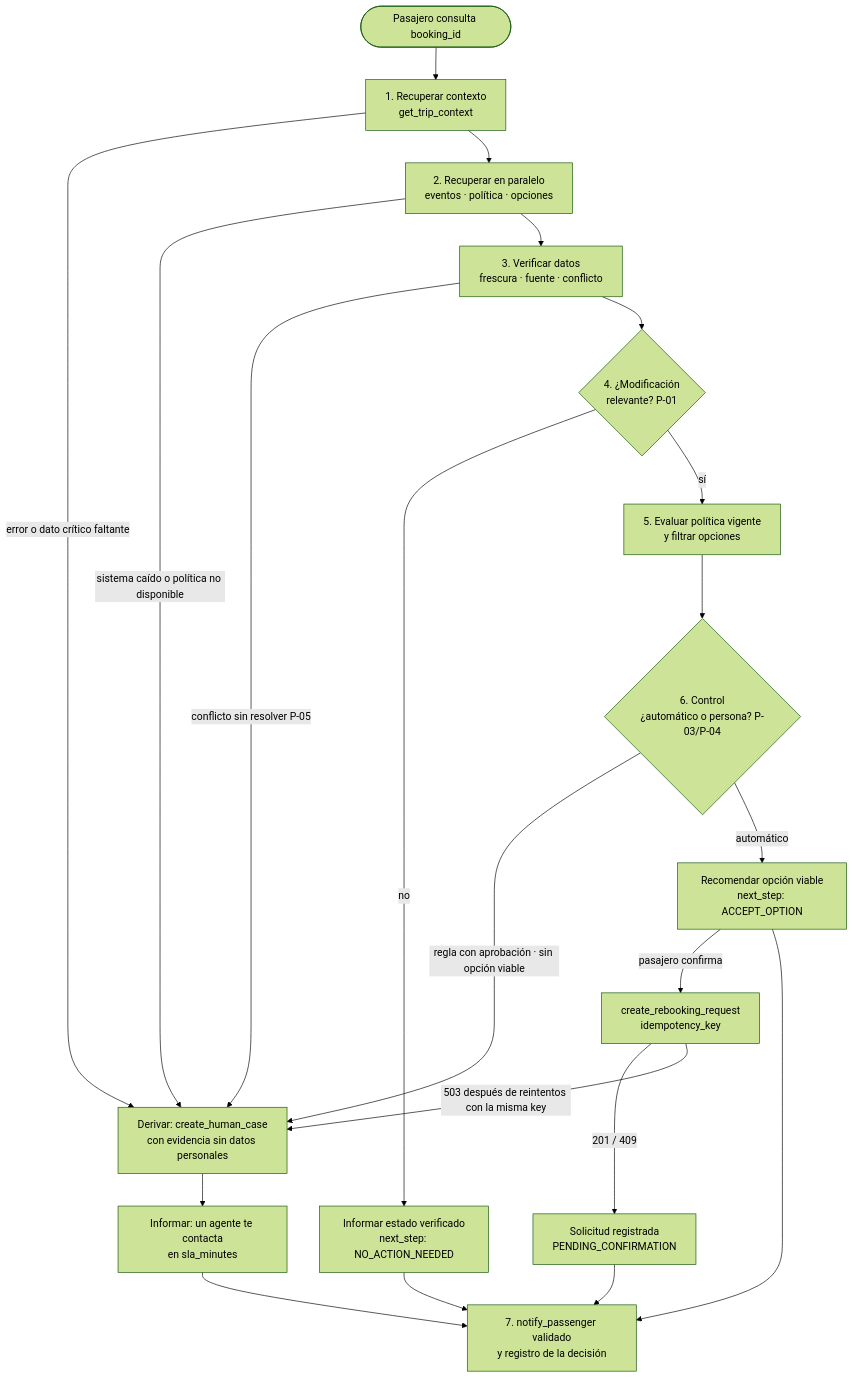
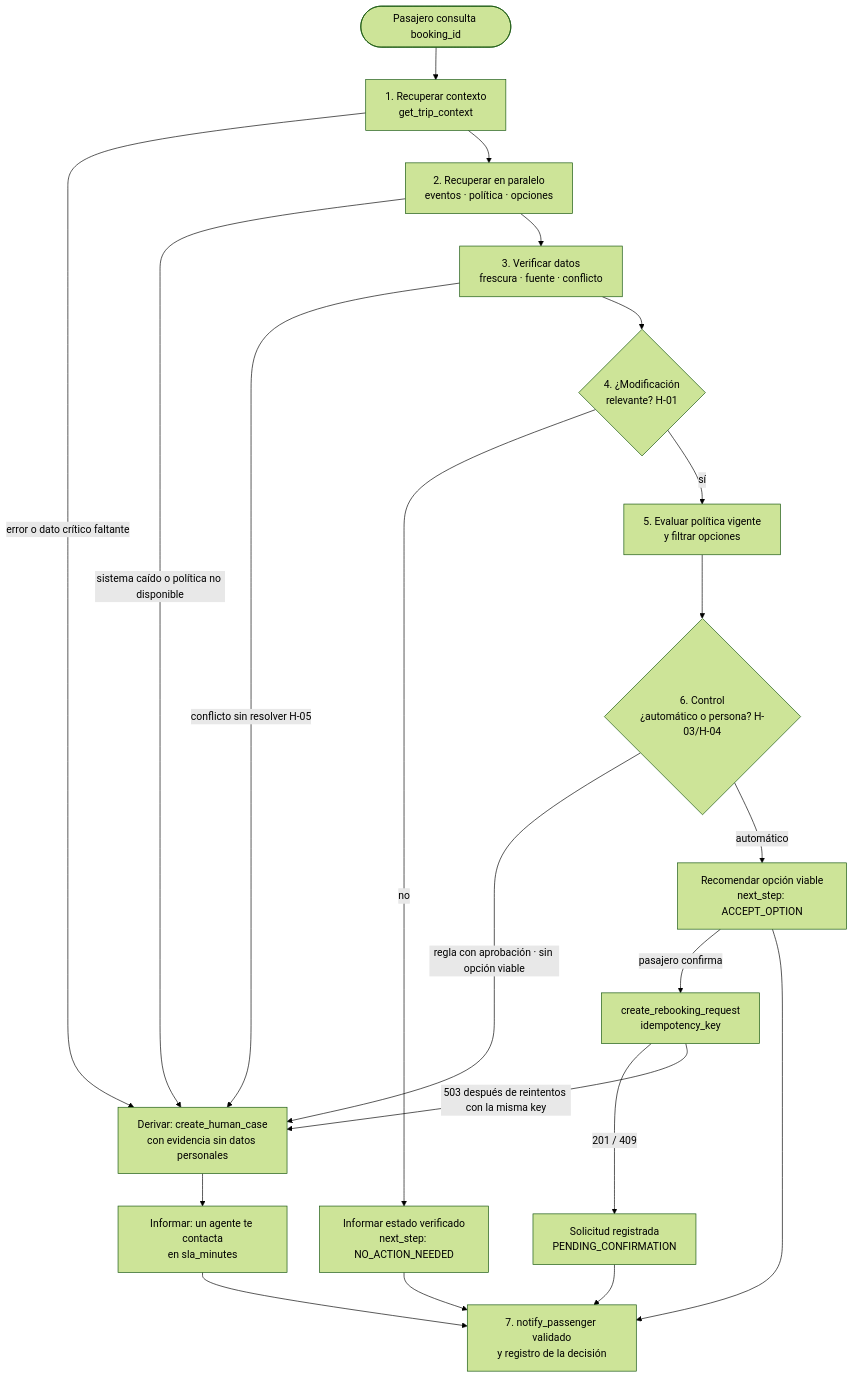
The diagram in Docs/08-flujo.md (AgustinRubilarDiaz/disruption-companion), drawn with Mermaid (forest theme) before and after one commit. The commit also changed other lines of this file and 75 other files, not shown here.

First line of the commit message:
docs(brain): Fase B — el Brain manda, ADR-003…008, diagramas y CLAUDE.md por componente

````diff
--- a/Docs/08-flujo.md
+++ b/Docs/08-flujo.md
@@ -8,23 +8,23 @@
 ```mermaid
 flowchart TD
     A([Pasajero consulta booking_id]) --> B[1. Recuperar contexto<br/>get_trip_context]
     B -->|error o dato crítico faltante| H
     B --> C[2. Recuperar en paralelo<br/>eventos · política · opciones]
     C -->|sistema caído o política no disponible| H
     C --> D[3. Verificar datos<br/>frescura · fuente · conflicto]
-    D -->|conflicto sin resolver P-05| H
-    D --> E{4. ¿Modificación<br/>relevante? P-01}
+    D -->|conflicto sin resolver H-05| H
+    D --> E{4. ¿Modificación<br/>relevante? H-01}
     E -->|no| N1[Informar estado verificado<br/>next_step: NO_ACTION_NEEDED]
     E -->|sí| F[5. Evaluar política vigente<br/>y filtrar opciones]
-    F --> G{6. Control<br/>¿automático o persona? P-03/P-04}
+    F --> G{6. Control<br/>¿automático o persona? H-03/H-04}
     G -->|regla con aprobación · sin opción viable| H[Derivar: create_human_case<br/>con evidencia sin datos personales]
     G -->|automático| R[Recomendar opción viable<br/>next_step: ACCEPT_OPTION]
     R -->|pasajero confirma| W[create_rebooking_request<br/>idempotency_key]
     W -->|201 / 409| OK[Solicitud registrada<br/>PENDING_CONFIRMATION]
     W -->|503 después de reintentos con la misma key| H
     H --> NH[Informar: un agente te contacta<br/>en sla_minutes]
     N1 --> Z[7. notify_passenger validado<br/>y registro de la decisión]
     R --> Z
     OK --> Z
     NH --> Z
 ```
````
